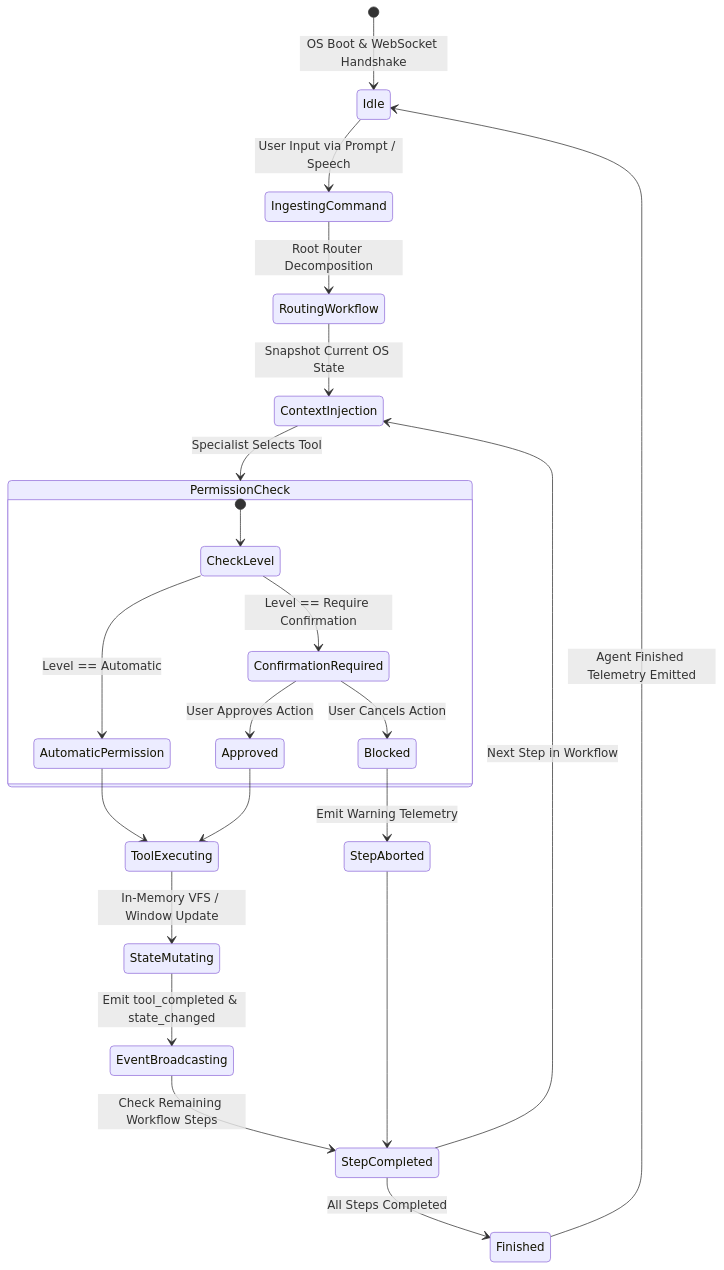
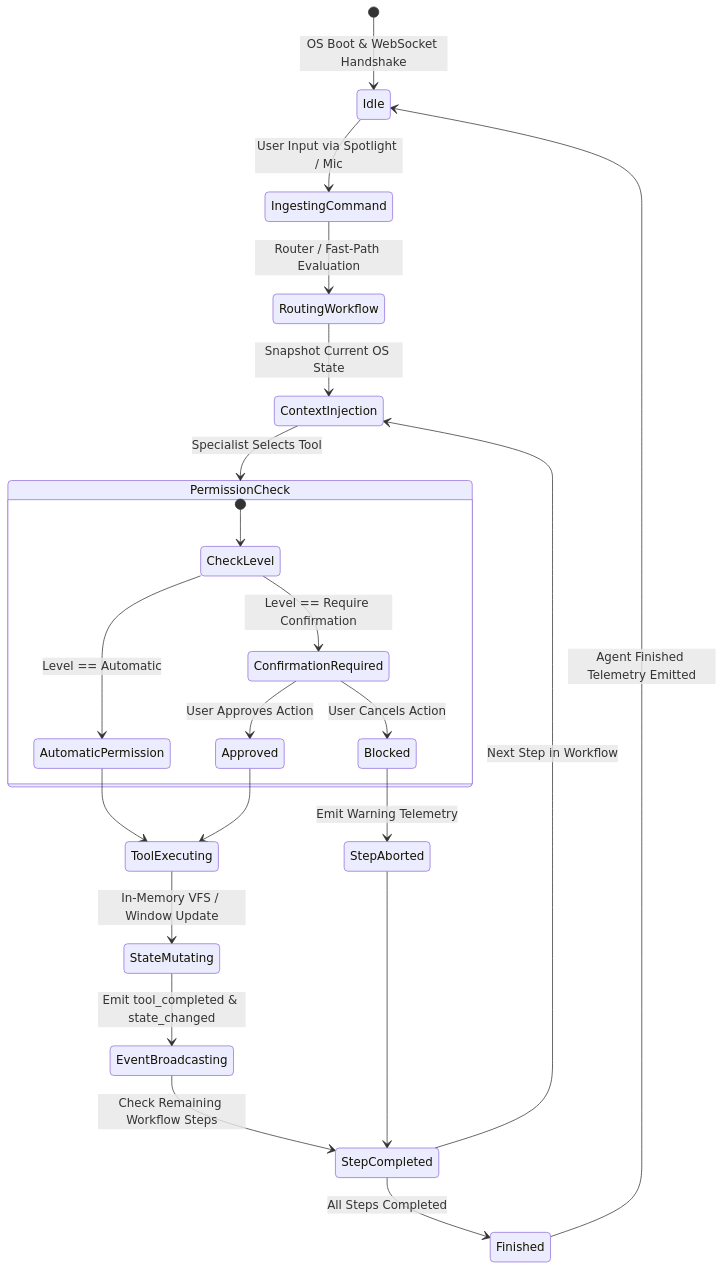
One commit to Abubakkar-Khan/NEO-OS changed the fifth of 5 diagrams in README.md. Above: the diagram before and after it, drawn with Mermaid. The commit also changed other lines of this file and 19 other files, not shown here.

````diff
--- a/README.md
+++ b/README.md
@@ -276,29 +280,29 @@
 ```mermaid
 stateDiagram-v2
     [*] --> Idle: OS Boot & WebSocket Handshake
-    Idle --> IngestingCommand: User Input via Prompt / Speech
-    IngestingCommand --> RoutingWorkflow: Root Router Decomposition
+    Idle --> IngestingCommand: User Input via Spotlight / Mic
+    IngestingCommand --> RoutingWorkflow: Router / Fast-Path Evaluation
     RoutingWorkflow --> ContextInjection: Snapshot Current OS State
     ContextInjection --> PermissionCheck: Specialist Selects Tool
 
     state PermissionCheck {
         [*] --> CheckLevel
         CheckLevel --> AutomaticPermission: Level == Automatic
         CheckLevel --> ConfirmationRequired: Level == Require Confirmation
         ConfirmationRequired --> Approved: User Approves Action
         ConfirmationRequired --> Blocked: User Cancels Action
     }
 
     AutomaticPermission --> ToolExecuting
     Approved --> ToolExecuting
     Blocked --> StepAborted: Emit Warning Telemetry
 
     ToolExecuting --> StateMutating: In-Memory VFS / Window Update
     StateMutating --> EventBroadcasting: Emit tool_completed & state_changed
     EventBroadcasting --> StepCompleted: Check Remaining Workflow Steps
     StepAborted --> StepCompleted
 
     StepCompleted --> ContextInjection: Next Step in Workflow
     StepCompleted --> Finished: All Steps Completed
     Finished --> Idle: Agent Finished Telemetry Emitted
 ```
````
